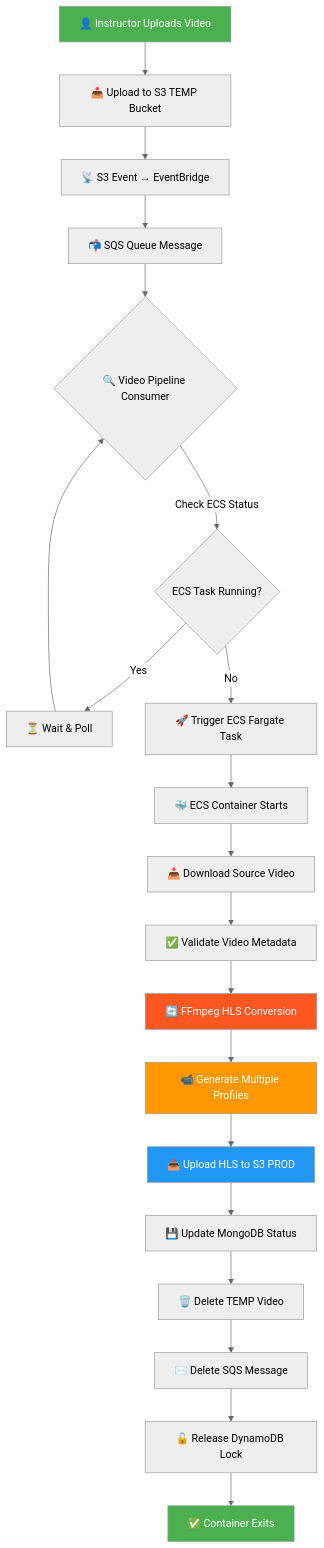
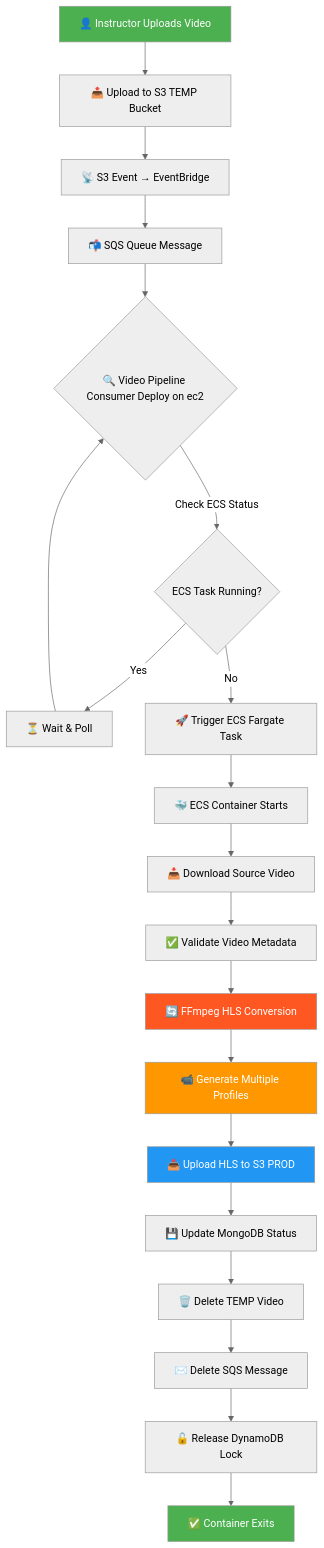
One commit to Adityakbr01/eduApp2026 changed the first of 3 diagrams in README.md. Above: the diagram before and after it, drawn with Mermaid (neutral theme). The commit also changed other lines of this file and 61 other files, not shown here.

````diff
--- a/README.md
+++ b/README.md
@@ -79,28 +79,28 @@
 ```mermaid
 flowchart TB
     A[👤 Instructor Uploads Video] --> B[📤 Upload to S3 TEMP Bucket]
     B --> C[📡 S3 Event → EventBridge]
     C --> D[📬 SQS Queue Message]
-    D --> E{🔍 Video Pipeline Consumer}
+    D --> E{🔍 Video Pipeline Consumer Deploy on ec2}
     E -->|Check ECS Status| F{ECS Task Running?}
     F -->|Yes| G[⏳ Wait & Poll]
     F -->|No| H[🚀 Trigger ECS Fargate Task]
     H --> I[🐳 ECS Container Starts]
     I --> J[📥 Download Source Video]
     J --> K[✅ Validate Video Metadata]
     K --> L[🔄 FFmpeg HLS Conversion]
     L --> M[📹 Generate Multiple Profiles]
     M --> N[📤 Upload HLS to S3 PROD]
     N --> O[💾 Update MongoDB Status]
     O --> P[🗑️ Delete TEMP Video]
     P --> Q[✉️ Delete SQS Message]
     Q --> R[🔓 Release DynamoDB Lock]
     R --> S[✅ Container Exits]
     G --> E
 
     style A fill:#4CAF50,color:#fff
     style L fill:#FF5722,color:#fff
     style M fill:#FF9800,color:#fff
     style N fill:#2196F3,color:#fff
     style S fill:#4CAF50,color:#fff
 ```
````
